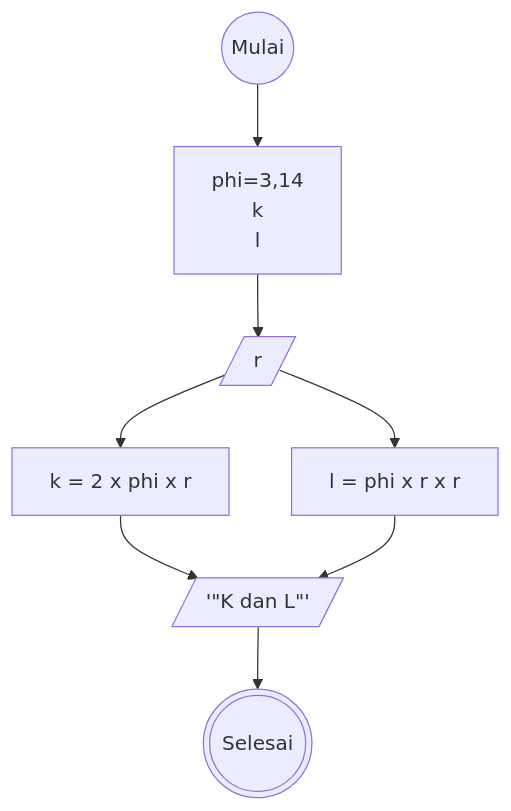
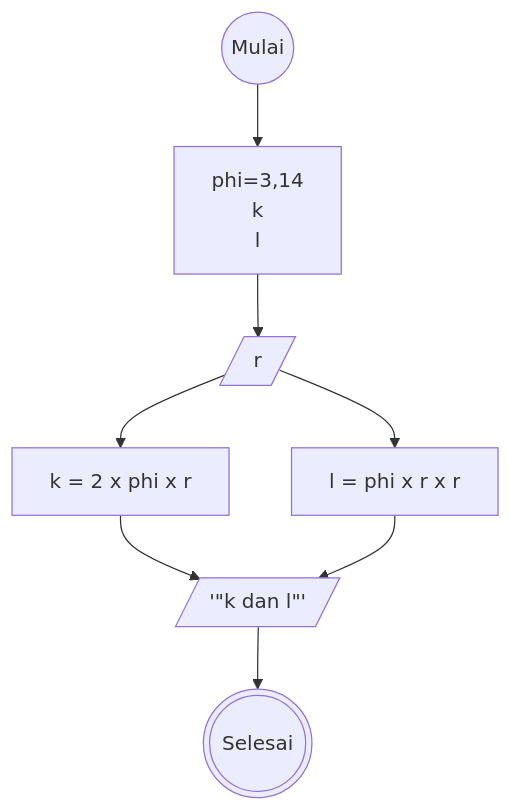
The diagram in minitask-lingkaran.md (mdavindarinaldy/fgo24-algoritma), drawn with Mermaid before and after one commit.

````diff
--- a/minitask-lingkaran.md
+++ b/minitask-lingkaran.md
@@ -14,15 +14,15 @@
 ```mermaid
 flowchart TD
 A((Mulai))
 X[phi=3,14
 k
 l]
 B[/r/]
 C[k = 2 x phi x r]
 D[l = phi x r x r]
-E[/'"K dan L"'/]
+E[/'"k dan l"'/]
 F(((Selesai)))
 
 A --> X --> B --> C & D
 C & D --> E --> F
 ```
````
